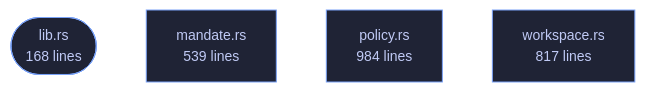
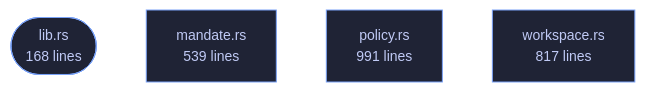
The diagram in crates/veilvoice-policy/README.md (tilas01/veilvoice), drawn with Mermaid before and after one commit. The commit also changed other lines of this file and 130 other files, not shown here.

````diff
--- a/crates/veilvoice-policy/README.md
+++ b/crates/veilvoice-policy/README.md
@@ -104,12 +104,12 @@
 ```mermaid
 %%{init: {"theme":"base","themeVariables":{"background":"#1a1b26","primaryColor":"#1f2335","primaryTextColor":"#c0caf5","primaryBorderColor":"#7aa2f7","secondaryColor":"#16161e","tertiaryColor":"#16161e","lineColor":"#737aa2","textColor":"#c0caf5","mainBkg":"#1f2335","nodeBorder":"#7aa2f7","clusterBkg":"#16161e","clusterBorder":"#2f3549","fontFamily":"ui-monospace, SFMono-Regular, Consolas, monospace","fontSize":"14px"}}}%%
 flowchart TD
     n_lib(["lib.rs<br/>168 lines"])
     n_mandate["mandate.rs<br/>539 lines"]
-    n_policy["policy.rs<br/>984 lines"]
+    n_policy["policy.rs<br/>991 lines"]
     n_workspace["workspace.rs<br/>817 lines"]
     click n_lib href "https://github.com/tilas01/veilvoice/blob/main/crates/veilvoice-policy/src/lib.rs" "open the source"
     click n_mandate href "https://github.com/tilas01/veilvoice/blob/main/crates/veilvoice-policy/src/mandate.rs" "open the source"
     click n_policy href "https://github.com/tilas01/veilvoice/blob/main/crates/veilvoice-policy/src/policy.rs" "open the source"
     click n_workspace href "https://github.com/tilas01/veilvoice/blob/main/crates/veilvoice-policy/src/workspace.rs" "open the source"
 ```
````
